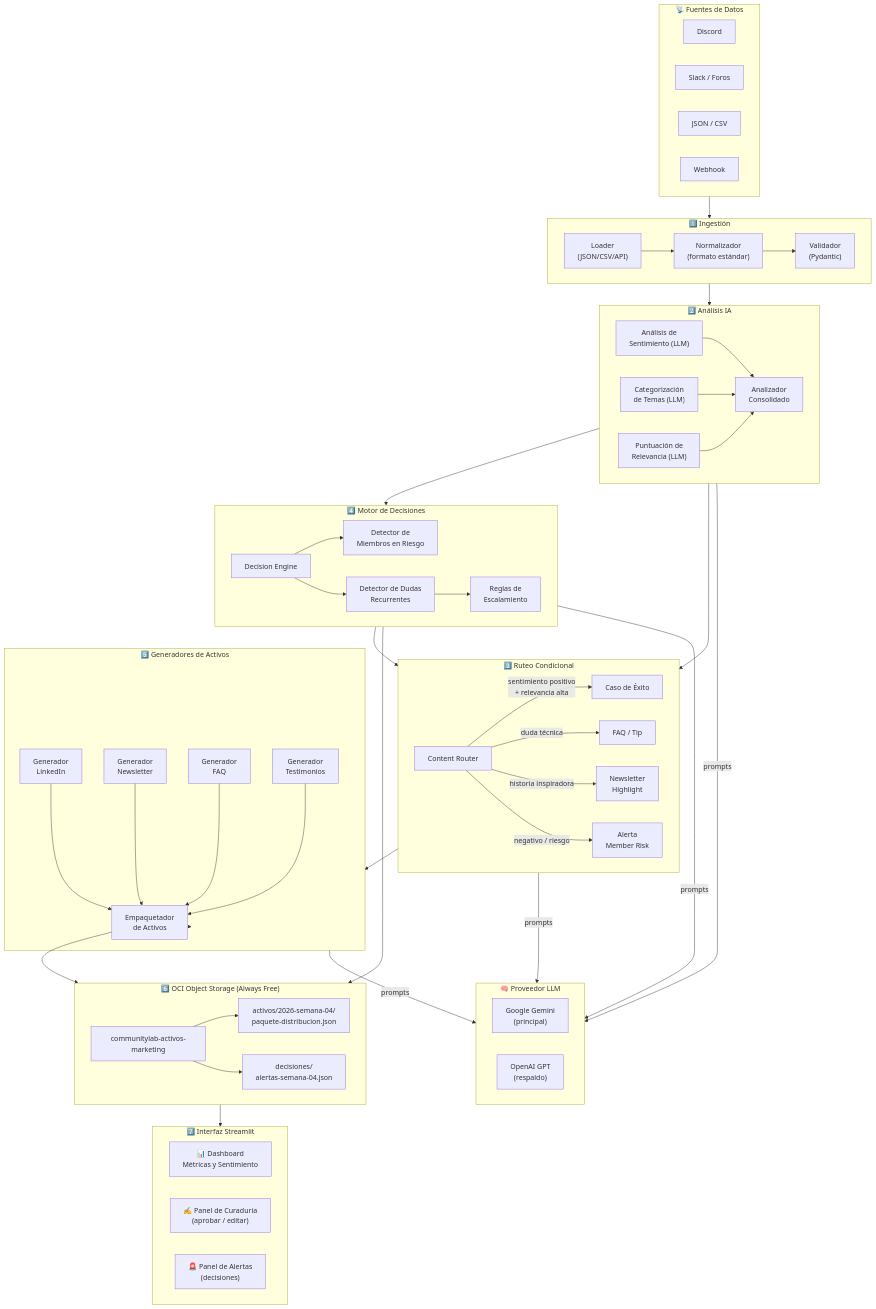
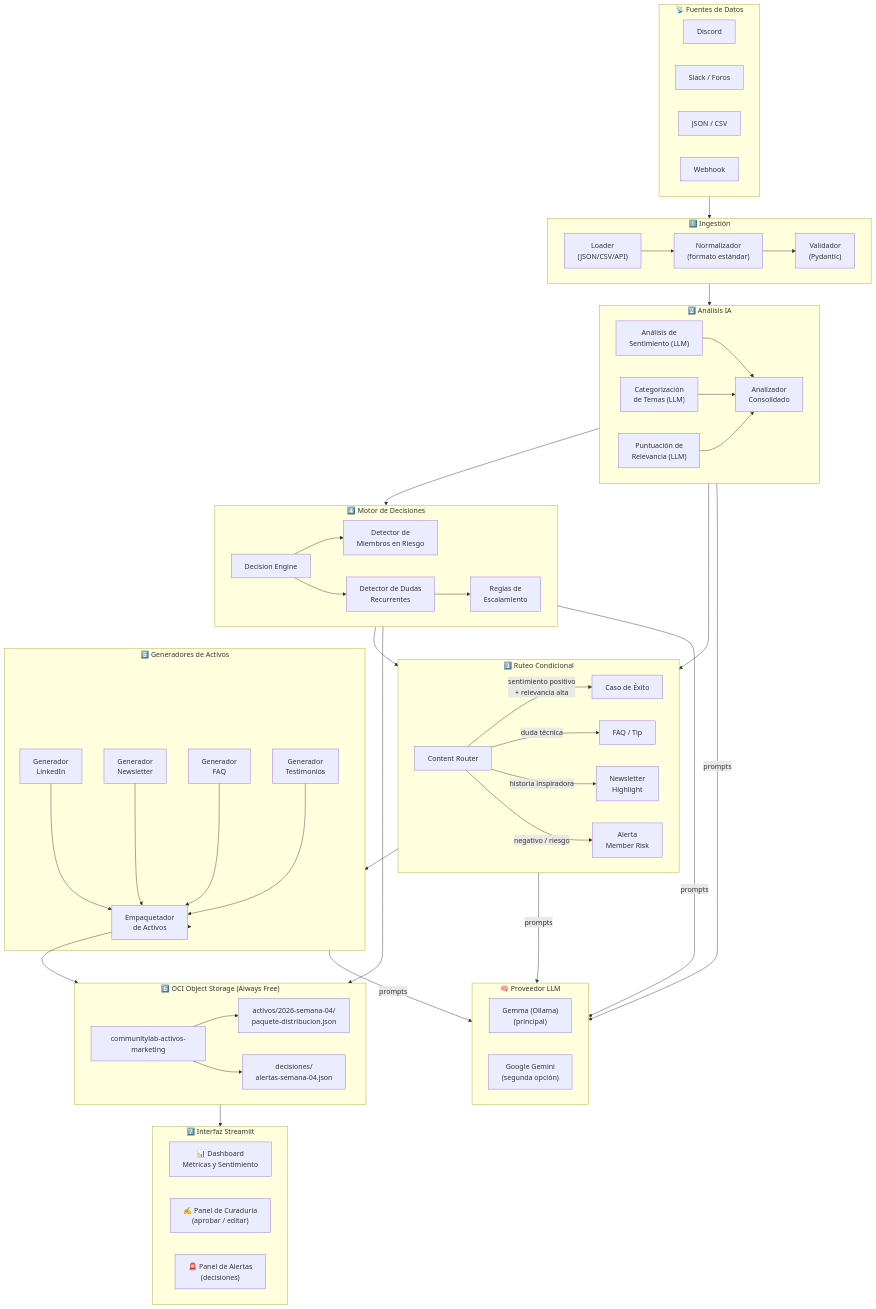
Before and after one commit to No-Country-simulation/G10-Latam-Equipo24-CommunityLab: the first of 5 diagrams in docs/arquitectura.md, drawn with Mermaid. The commit also changed other lines of this file and 1 other file, not shown here.

First line of the commit message:
docs: align LLM provider references to Gemma (Ollama), Gemini as fallback

```diff
--- a/docs/arquitectura.md
+++ b/docs/arquitectura.md
@@ -71,8 +71,8 @@
     end
 
     subgraph LLM["🧠 Proveedor LLM"]
-        GEMINI["Google Gemini\n(principal)"]
-        OPENAI["OpenAI GPT\n(respaldo)"]
+        GEMMA["Gemma (Ollama)\n(principal)"]
+        GEMINI["Google Gemini\n(segunda opción)"]
     end
 
     FUENTES --> INGEST
```
